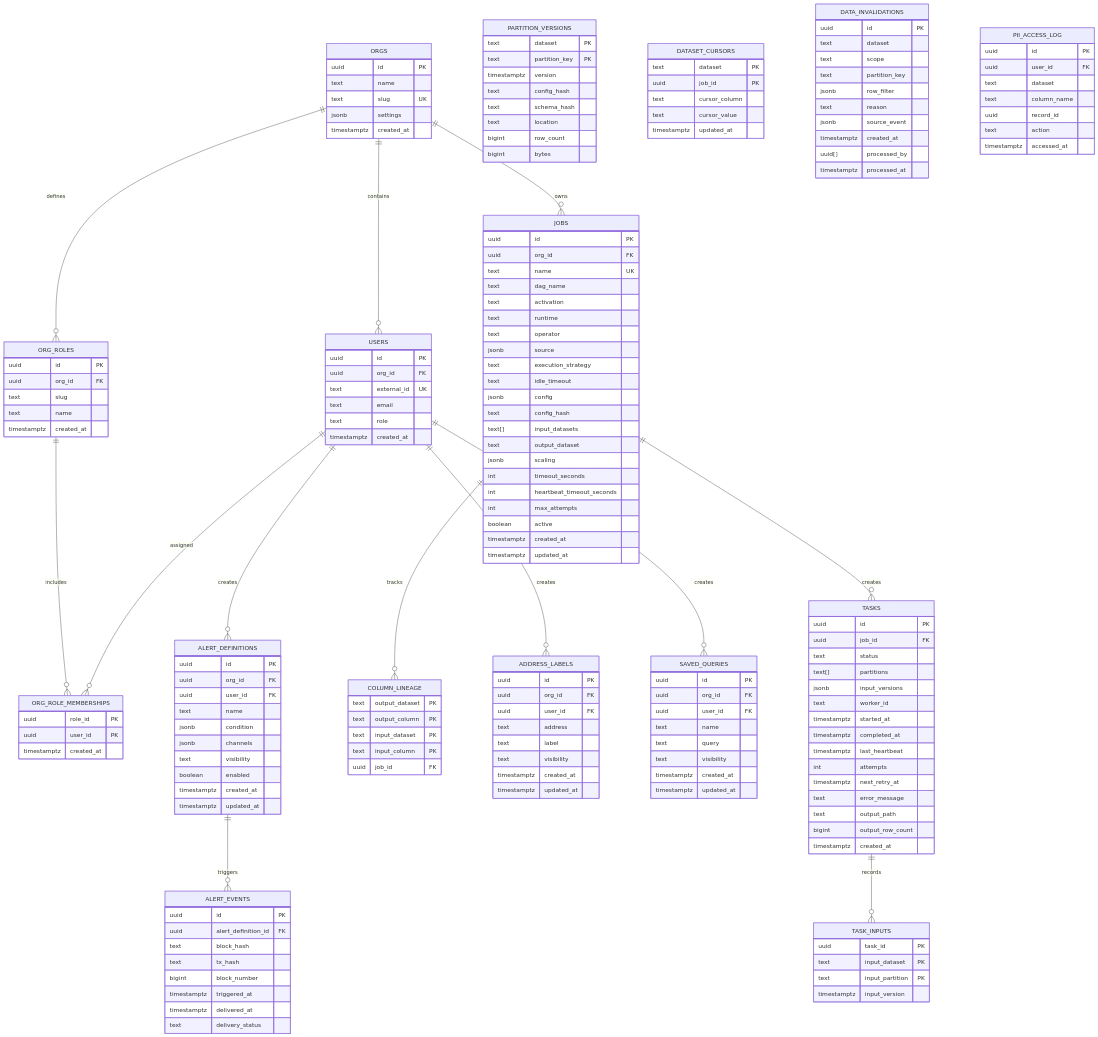
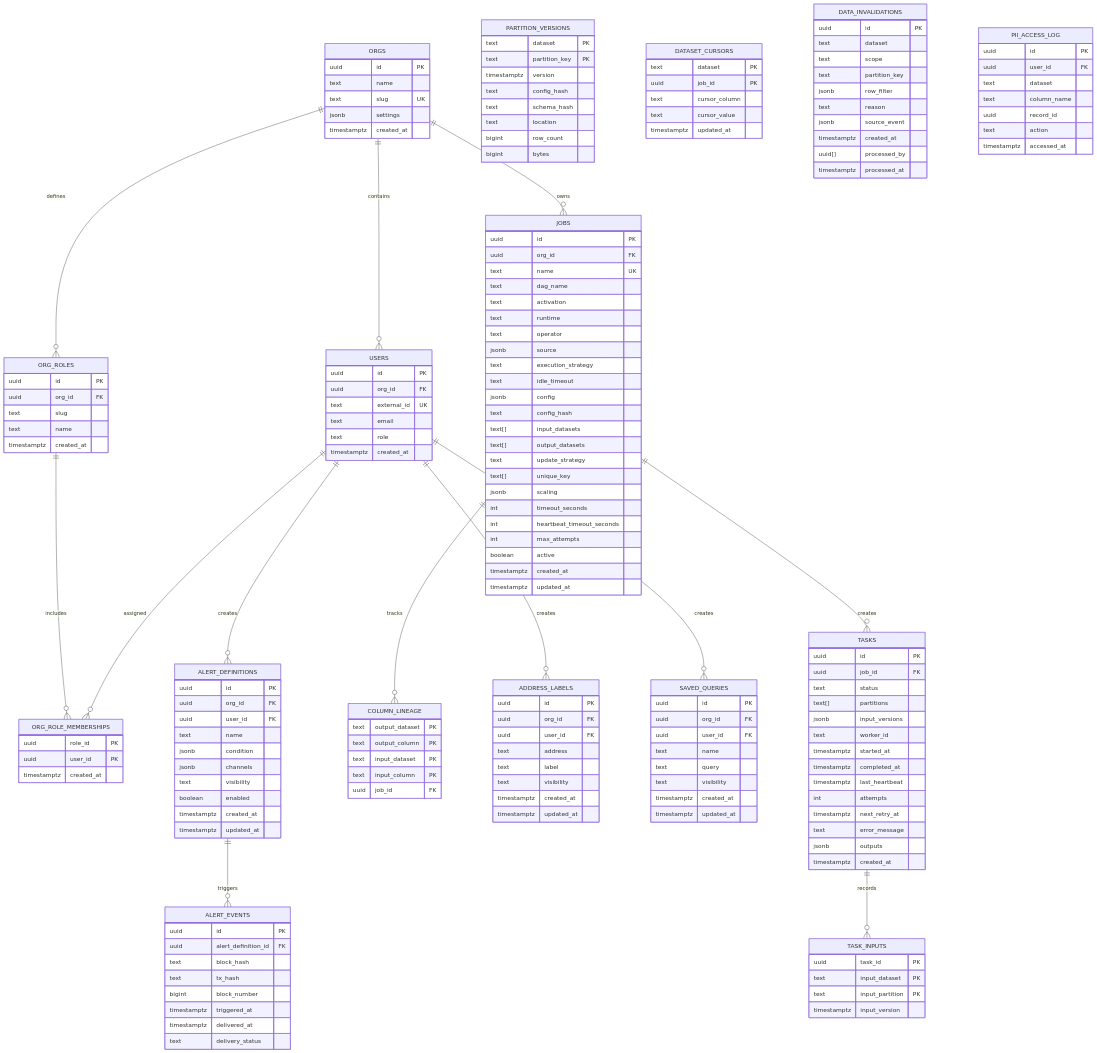
Before and after one commit to c7121/trace: the diagram in docs/architecture/erd.md, drawn with Mermaid. The commit also changed 28 other files, not shown here.

```diff
--- a/docs/architecture/erd.md
+++ b/docs/architecture/erd.md
@@ -62,7 +62,9 @@
         jsonb config
         text config_hash
         text[] input_datasets
-        text output_dataset
+        text[] output_datasets
+        text update_strategy
+        text[] unique_key
         jsonb scaling
         int timeout_seconds
         int heartbeat_timeout_seconds
@@ -85,8 +87,7 @@
         int attempts
         timestamptz next_retry_at
         text error_message
-        text output_path
-        bigint output_row_count
+        jsonb outputs
         timestamptz created_at
     }
     
```
